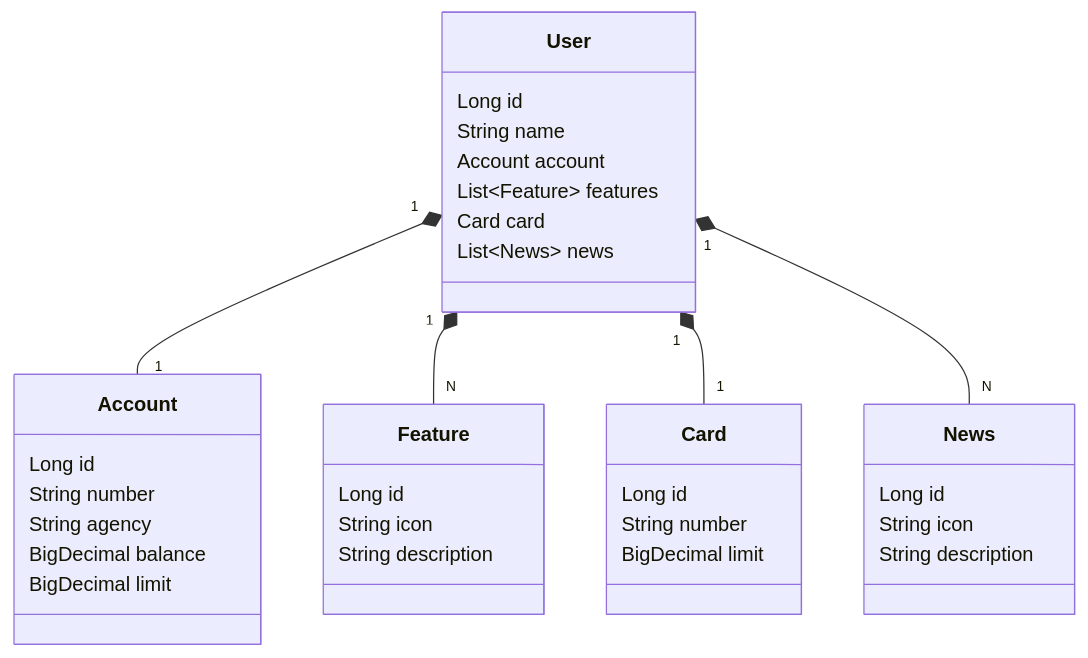
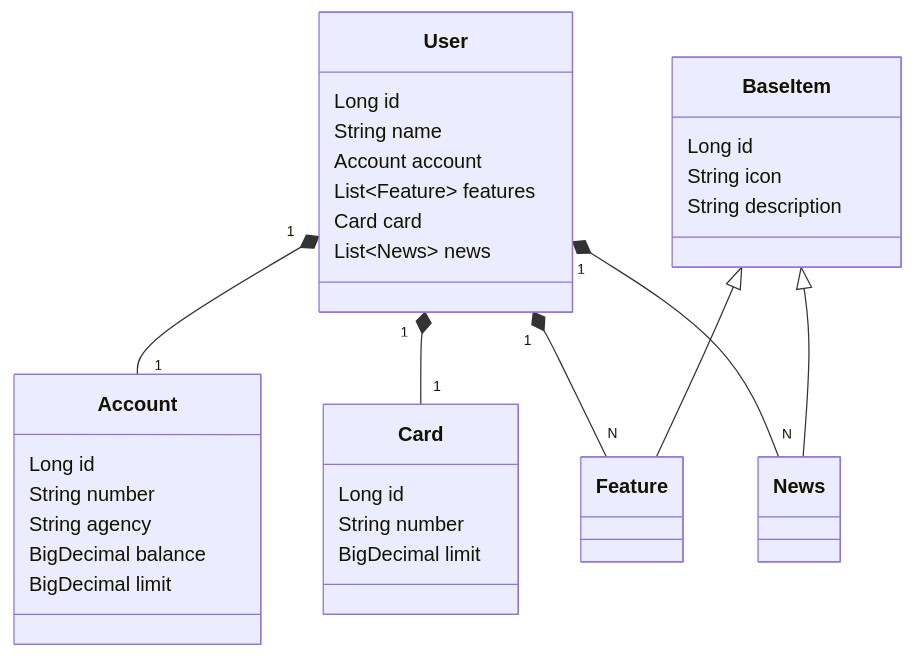
Before and after one commit to lgjor/santander-dev-week-2023: the diagram in README.md, drawn with Mermaid.

````diff
--- a/README.md
+++ b/README.md
@@ -7,43 +7,46 @@
 ``` mermaid
 classDiagram
     class User {
         Long id
         String name
         Account account
         List~Feature~ features
         Card card
         List~News~ news
     }
 
     class Account {
         Long id
         String number
         String agency
         BigDecimal balance
         BigDecimal limit
     }
 
-    class Feature {
-        Long id
-        String icon
-        String description
-    }
-
     class Card {
         Long id
         String number
         BigDecimal limit
     }
 
-    class News {
+    class BaseItem {
         Long id
         String icon
         String description
     }
+
+    class Feature {
+    }
+
+    class News {
+    }
+
+    BaseItem <|-- Feature
+    BaseItem <|-- News
 
     User "1" *-- "1" Account
     User "1" *-- "N" Feature
     User "1" *-- "1" Card
     User "1" *-- "N" News
 
 ```
````
